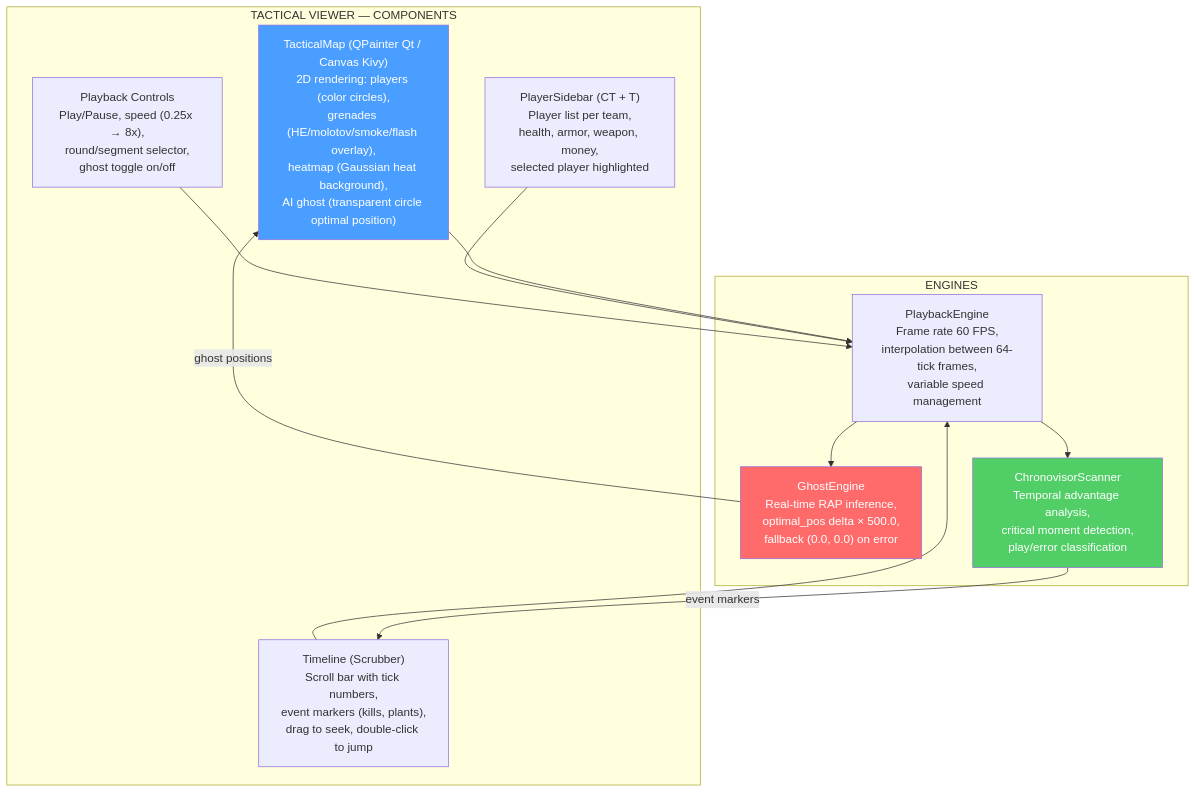
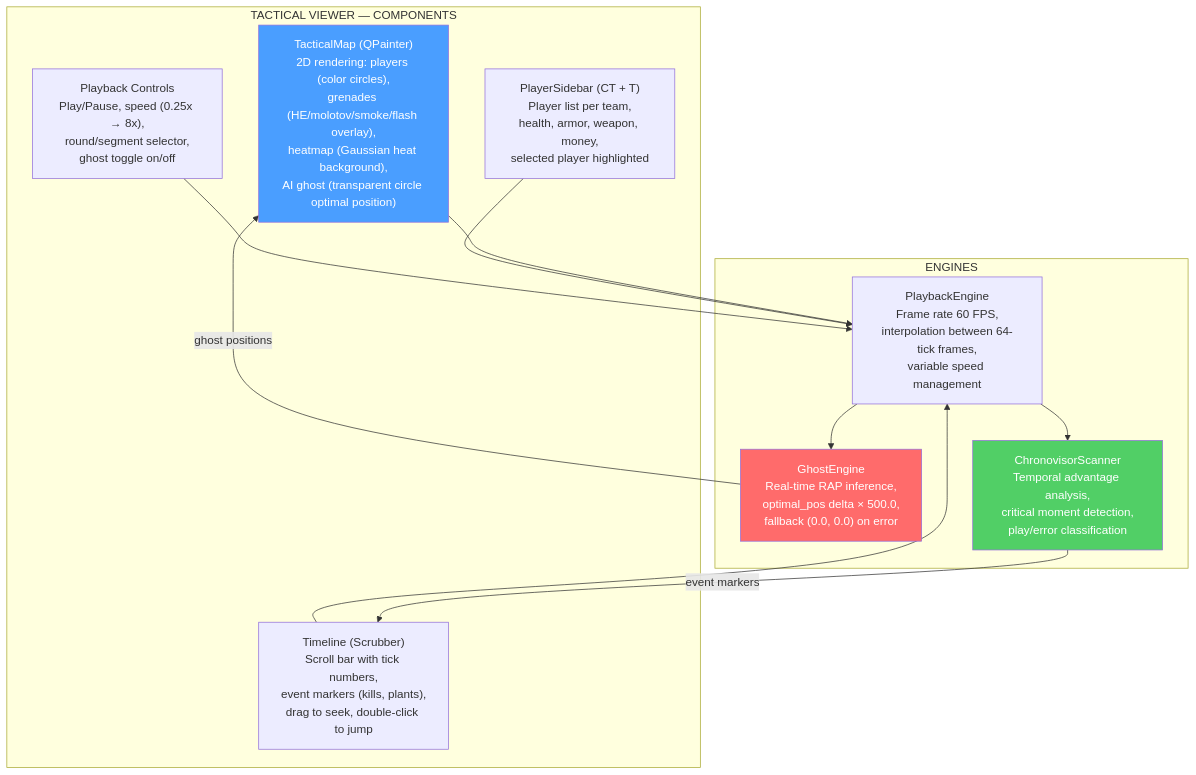
One commit to renanaugustomacena-ux/Counter-Strike-coach-AI changed diagram 23 of 53 in docs/books/Book-Coach-3-en.md. Above: the diagram before and after it, drawn with Mermaid. The commit also changed other lines of this file and 2 other files, not shown here.

First line of the commit message:
docs: update Book-Coach-3 trilogy — remove Kivy, fix screen/test counts

````diff
--- a/docs/books/Book-Coach-3-en.md
+++ b/docs/books/Book-Coach-3-en.md
@@ -1478,26 +1405,26 @@
 ```mermaid
 flowchart TB
     subgraph VIEWER["TACTICAL VIEWER — COMPONENTS"]
-        MAP["TacticalMap (QPainter Qt / Canvas Kivy)<br/>2D rendering: players (color circles),<br/>grenades (HE/molotov/smoke/flash overlay),<br/>heatmap (Gaussian heat background),<br/>AI ghost (transparent circle optimal position)"]
+        MAP["TacticalMap (QPainter)<br/>2D rendering: players (color circles),<br/>grenades (HE/molotov/smoke/flash overlay),<br/>heatmap (Gaussian heat background),<br/>AI ghost (transparent circle optimal position)"]
         TIMELINE["Timeline (Scrubber)<br/>Scroll bar with tick numbers,<br/>event markers (kills, plants),<br/>drag to seek, double-click to jump"]
         SIDEBAR["PlayerSidebar (CT + T)<br/>Player list per team,<br/>health, armor, weapon, money,<br/>selected player highlighted"]
         CONTROLS["Playback Controls<br/>Play/Pause, speed (0.25x → 8x),<br/>round/segment selector,<br/>ghost toggle on/off"]
     end
     subgraph ENGINE["ENGINES"]
         PBE["PlaybackEngine<br/>Frame rate 60 FPS,<br/>interpolation between 64-tick frames,<br/>variable speed management"]
         GE["GhostEngine<br/>Real-time RAP inference,<br/>optimal_pos delta × 500.0,<br/>fallback (0.0, 0.0) on error"]
         CS["ChronovisorScanner<br/>Temporal advantage analysis,<br/>critical moment detection,<br/>play/error classification"]
     end
     MAP --> PBE
     TIMELINE --> PBE
     SIDEBAR --> PBE
     CONTROLS --> PBE
     PBE --> GE
     PBE --> CS
     GE -->|"ghost positions"| MAP
     CS -->|"event markers"| TIMELINE
 
     style MAP fill:#4a9eff,color:#fff
     style GE fill:#ff6b6b,color:#fff
     style CS fill:#51cf66,color:#fff
 ```
````
